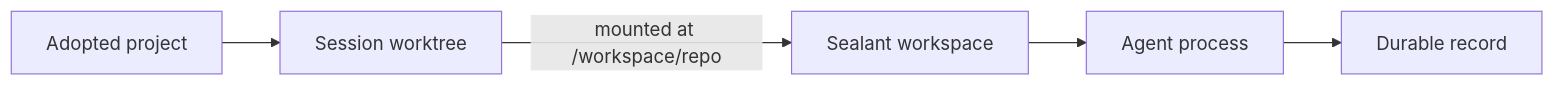
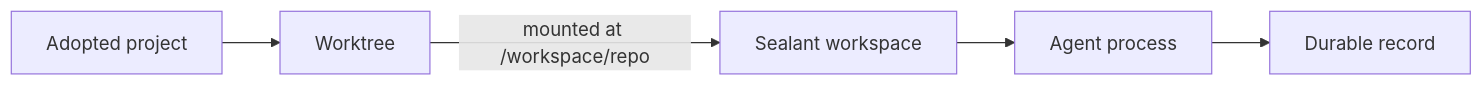
One commit to sealant-sh/Mend changed the diagram in apps/docs/src/content/docs/getting-started/first-session.md. Above: the diagram before and after it, drawn with Mermaid. The commit also changed other lines of this file and 9 other files, not shown here.

````diff
--- a/apps/docs/src/content/docs/getting-started/first-session.md
+++ b/apps/docs/src/content/docs/getting-started/first-session.md
@@ -76,13 +104,13 @@
 ```mermaid
 flowchart LR
   project[Adopted project]
-  worktree[Session worktree]
+  worktree[Worktree]
   workspace[Sealant workspace]
   agent[Agent process]
   record[Durable record]
 
   project --> worktree
   worktree -->|mounted at /workspace/repo| workspace
   workspace --> agent
   agent --> record
 ```
````
